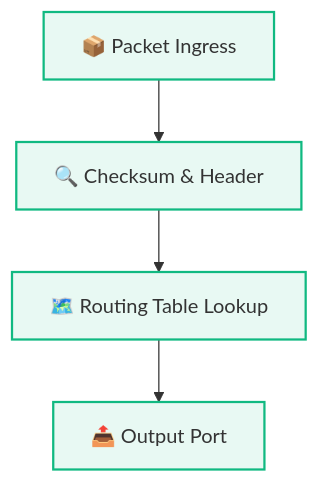
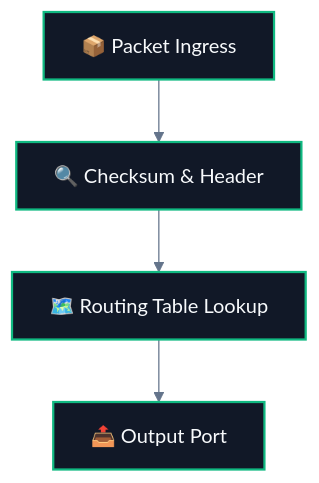
One commit to abhinavbharti2345/CS_Notes changed the third of 4 diagrams in CS/Computer Networking/01. Architecture & Fundamentals/04. Network Performance - Delay, Latency, Throughput.md. Above: the diagram before and after it, drawn with Mermaid. The commit also changed other lines of this file and 195 other files, not shown here.

````diff
--- a/CS/Computer Networking/01. Architecture & Fundamentals/04. Network Performance - Delay, Latency, Throughput.md
+++ b/CS/Computer Networking/01. Architecture & Fundamentals/04. Network Performance - Delay, Latency, Throughput.md
@@ -83,7 +85,8 @@
 ```mermaid
+%%{init: {'theme': 'base', 'themeVariables': { 'darkMode': true, 'background': '#0B0F14', 'mainBkg': '#111827', 'primaryColor': '#111827', 'primaryTextColor': '#F8FAFC', 'primaryBorderColor': '#38BDF8', 'lineColor': '#64748B', 'secondaryColor': '#0B0F14', 'tertiaryColor': '#0B0F14', 'clusterBkg': '#0B0F14', 'clusterBorder': '#38BDF8' }}}%%
 flowchart TD
     Ingress["📦 Packet Ingress"] --> Check["🔍 Checksum & Header"] --> Lookup["🗺️ Routing Table Lookup"] --> Egress["📤 Output Port"]
     
-    classDef step fill:#10b98118,stroke:#10b981,stroke-width:1.8px;
+    classDef step fill:#111827,stroke:#10b981,stroke-width:1.8px,color:#F8FAFC;
     class Ingress,Check,Lookup,Egress step;
 ```
````
